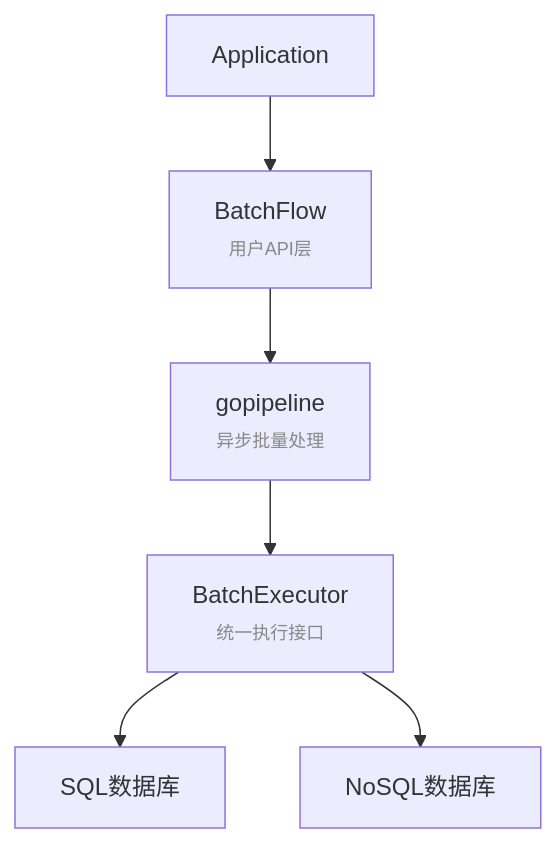
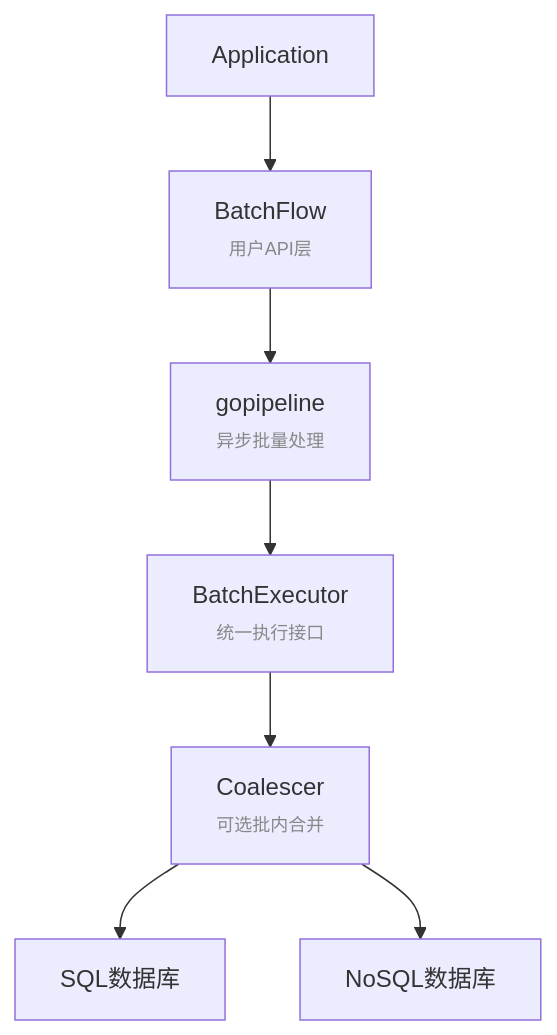
Before and after one commit to rushairer/batchflow: the diagram in docs/development/architecture.md, drawn with Mermaid. The commit also changed other lines of this file and 16 other files, not shown here.

````diff
--- a/docs/development/architecture.md
+++ b/docs/development/architecture.md
@@ -7,8 +7,9 @@
 ```mermaid
 flowchart TB
   A[Application] --> B["BatchFlow<br/><span style='font-size:12px;color:#888'>用户API层</span>"]
   B --> C["gopipeline<br/><span style='font-size:12px;color:#888'>异步批量处理</span>"]
   C --> D["BatchExecutor<br/><span style='font-size:12px;color:#888'>统一执行接口</span>"]
-  D --> E[SQL数据库]
-  D --> F[NoSQL数据库]
+  D --> E["Coalescer<br/><span style='font-size:12px;color:#888'>可选批内合并</span>"]
+  E --> F[SQL数据库]
+  E --> G[NoSQL数据库]
 ```
````
